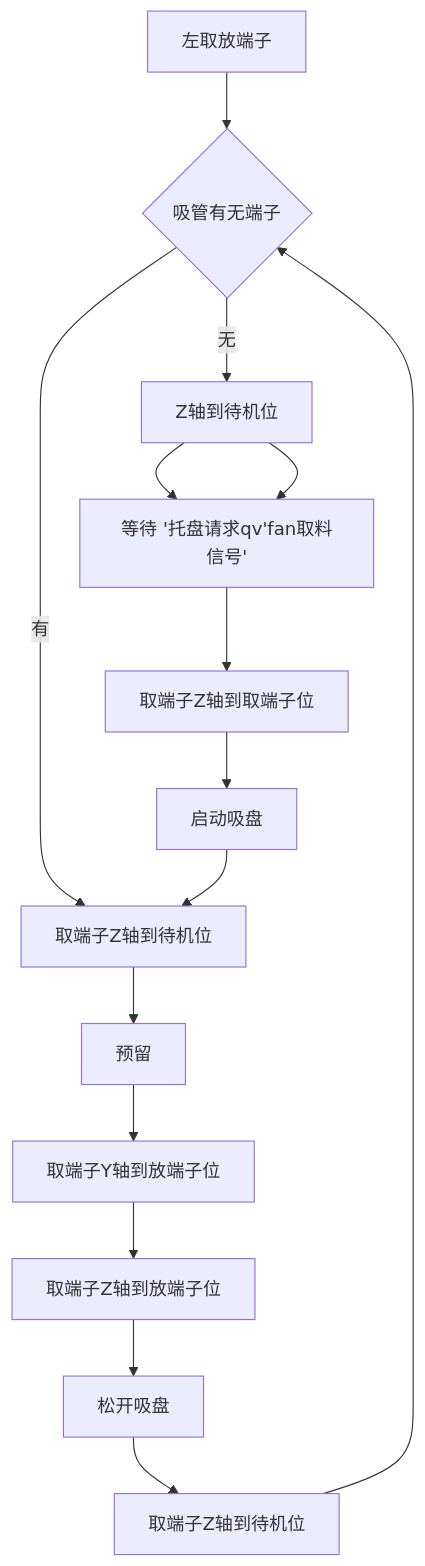
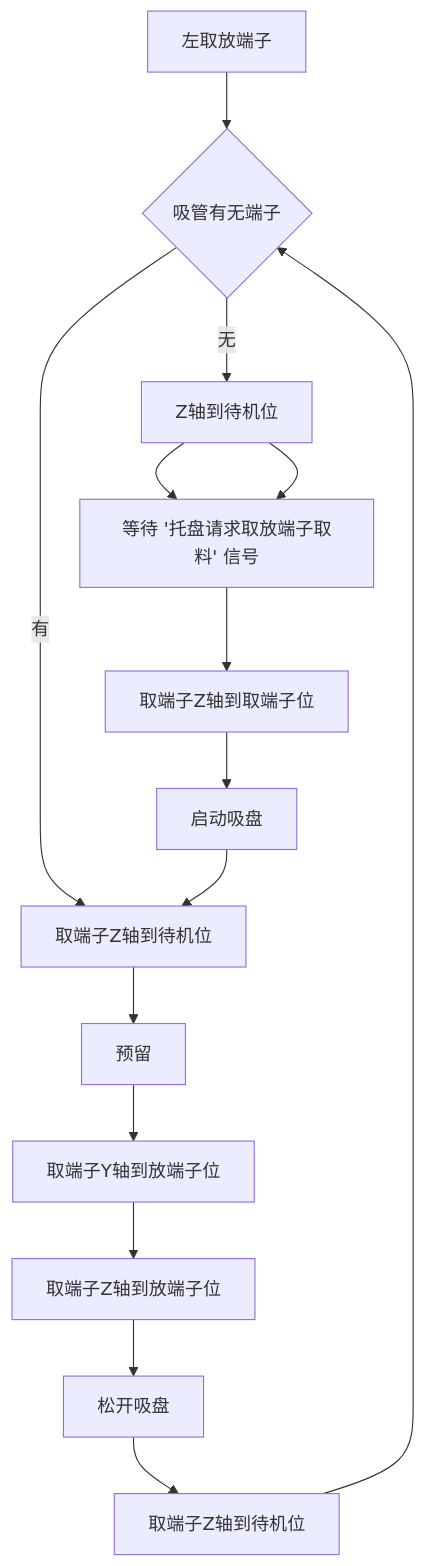
The diagram in all/VR-OP90左取放端子.md (zmq000/iodraw-files), drawn with Mermaid before and after one commit.

Commit message:
2026-06-18 11:29:03 update

````diff
--- a/all/VR-OP90左取放端子.md
+++ b/all/VR-OP90左取放端子.md
@@ -1,19 +1,19 @@
 ```mermaid
 graph TD
 0[左取放端子]-->10
 10{吸管有无端子}-->|有|60
 10-->|无|20
 20[取端子Y轴到取端子位]-->30
 30[托盘X轴到取端子位]-->40
 40[取端子Z轴到取端子位]-->50
 50[启动吸盘]-->60
 60[取端子Z轴到待机位]-->70
 70[预留]-->80
 80[取端子Y轴到放端子位]-->90
 90[取端子Z轴到放端子位]-->100
 100[松开吸盘]-->110
 110[取端子Z轴到待机位]-->10
 
 20[Z轴到待机位]-->30
-30[等待 '托盘请求qv'fan取料信号']
+30[等待 '托盘请求取放端子取料' 信号] 
 ```
````
